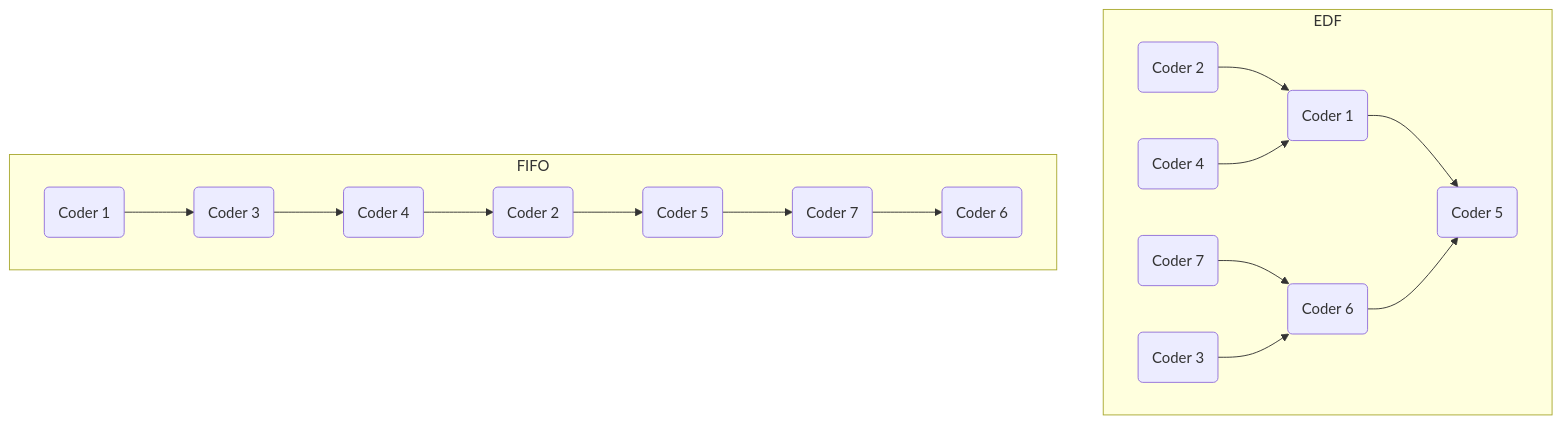
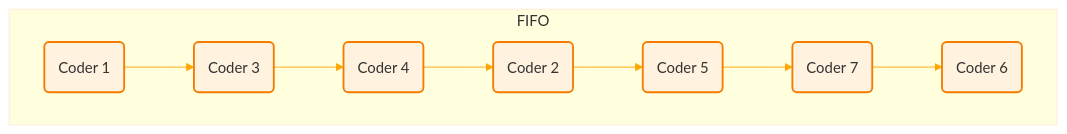
One commit to noemiepi/Codexion changed the third of 4 diagrams in README.md. Above: the diagram before and after it, drawn with Mermaid. The commit also changed other lines of this file, not shown here.

````diff
--- a/README.md
+++ b/README.md
@@ -100,20 +151,19 @@
 ```mermaid
 flowchart TD
-    subgraph EDF
-    B(Coder 1) --> A(Coder 5)
-    C(Coder 6) --> A
-    D(Coder 2) --> B
-    E(Coder 4) --> B
-    F(Coder 7) --> C
-    G(Coder 3) --> C
-    end
+    classDef coders fill:#fff3e0,stroke:#f57c00,stroke-width:2px,color:#333;
+    classDef fifo stroke:#fff3e0,stroke-width:2px;
 
     subgraph FIFO
     H(Coder 1) --> I(Coder 3)
     I --> J(Coder 4)
     J --> K(Coder 2)
     K --> L(Coder 5)
     L --> M(Coder 7)
     M --> N(Coder 6)
     end
+
+    class FIFO fifo
+    class H,I,J,K,L,M,N coders
+
+    linkStyle default stroke:orange;
 ```
````
